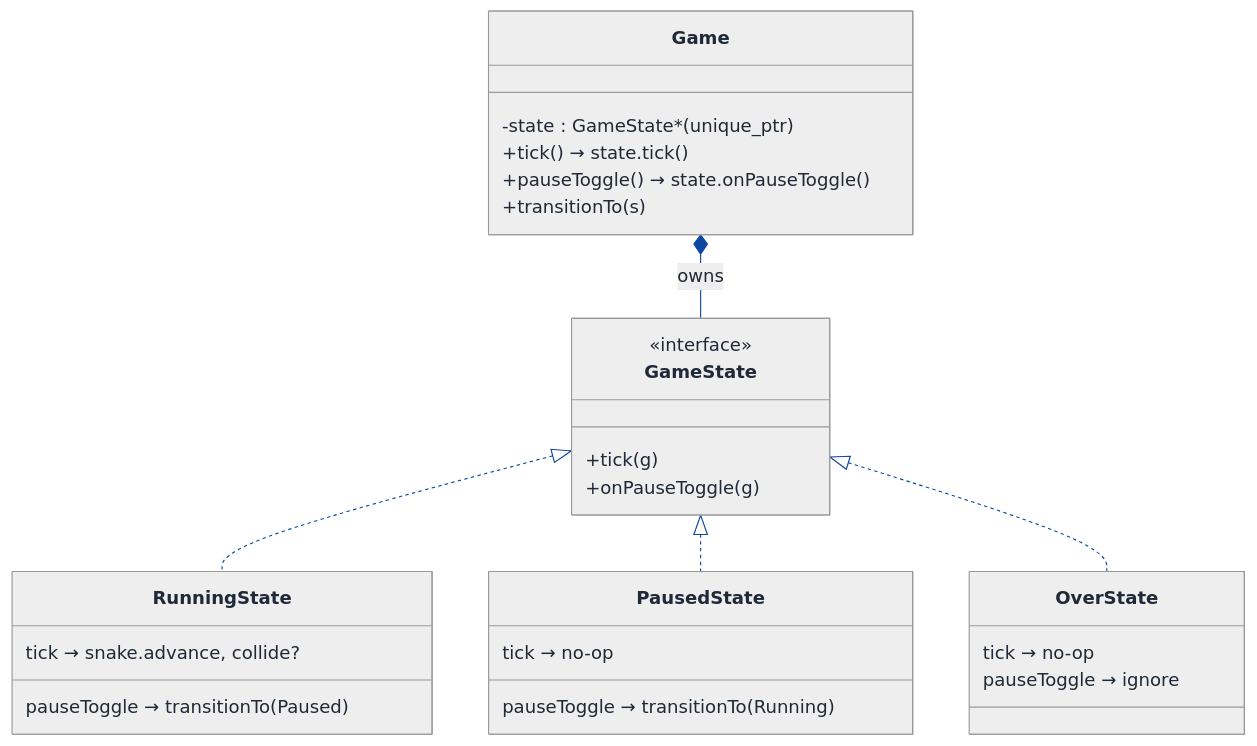
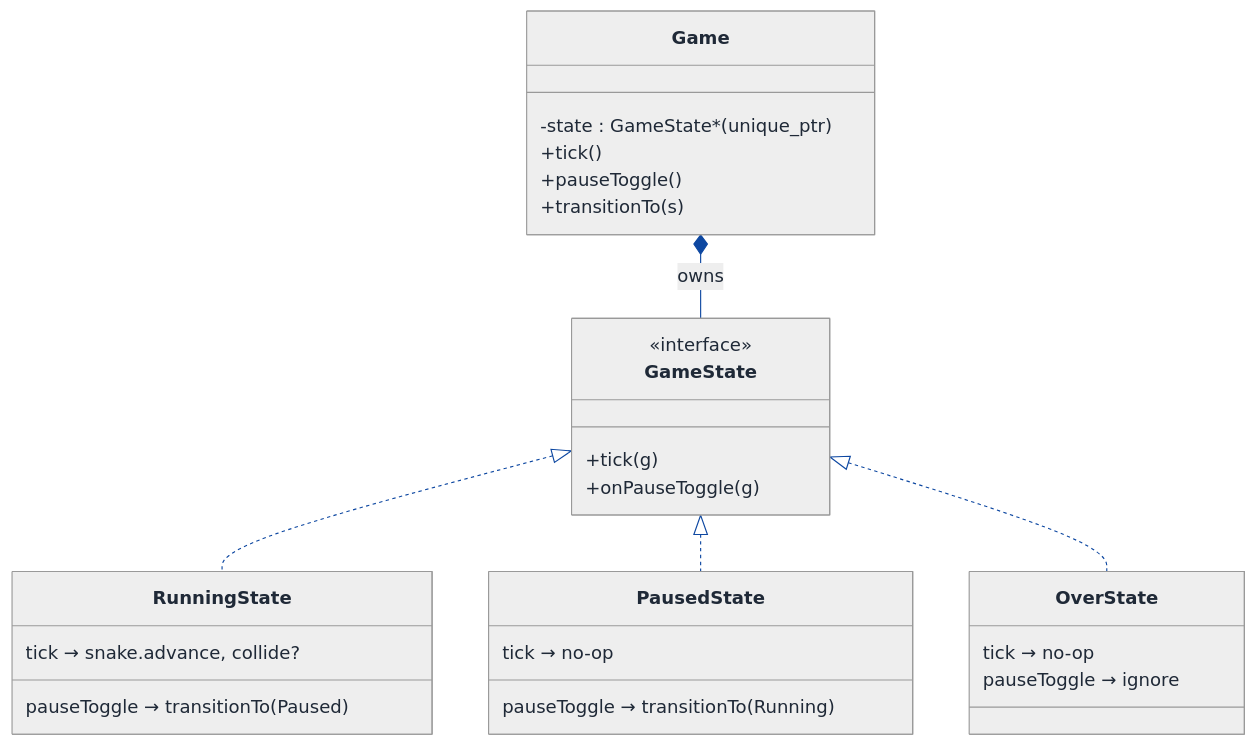
One commit to Prateek-5/question-bank changed the third of 7 diagrams in LLD/Topics/Object_Oriented_Design/Snake_Game.md. Above: the diagram before and after it, drawn with Mermaid. The commit also changed other lines of this file and 61 other files, not shown here.

First line of the commit message:
Fix invalid mermaid classDiagram member syntax across LLD walkthroughs

````diff
--- a/LLD/Topics/Object_Oriented_Design/Snake_Game.md
+++ b/LLD/Topics/Object_Oriented_Design/Snake_Game.md
@@ -555,63 +555,63 @@
 ```mermaid
 ---
 config:
   theme: neutral
   themeVariables:
     background: '#ffffff'
     primaryColor: '#cfe2ff'
     primaryTextColor: '#1f2937'
     primaryBorderColor: '#084298'
     secondaryColor: '#fff3cd'
     secondaryTextColor: '#1f2937'
     secondaryBorderColor: '#664d03'
     tertiaryColor: '#d1e7dd'
     tertiaryTextColor: '#1f2937'
     tertiaryBorderColor: '#0a3622'
     lineColor: '#0d47a1'
     textColor: '#1f2937'
     noteBkgColor: '#fff3cd'
     noteTextColor: '#1f2937'
     noteBorderColor: '#997404'
     actorBkg: '#cfe2ff'
     actorBorder: '#084298'
     actorTextColor: '#1f2937'
     signalColor: '#0d47a1'
     signalTextColor: '#1f2937'
     labelBoxBkgColor: '#ffffff'
     labelBoxBorderColor: '#d3d3d3'
     labelTextColor: '#1f2937'
     edgeLabelBackground: '#ffffff'
     labelBackground: '#ffffff'
     classText: '#1f2937'
     fontFamily: 'system-ui, -apple-system, Segoe UI, Helvetica, Arial, sans-serif'
 ---
 classDiagram
   direction TB
   class Game {
     -state : GameState* (unique_ptr)
-    +tick()         → state.tick()
-    +pauseToggle()  → state.onPauseToggle()
+    +tick()
+    +pauseToggle()
     +transitionTo(s)
   }
   class GameState {
     <<interface>>
     +tick(g)
     +onPauseToggle(g)
   }
   class RunningState {
     tick → snake.advance, collide?
     pauseToggle → transitionTo(Paused)
   }
   class PausedState {
     tick → no-op
     pauseToggle → transitionTo(Running)
   }
   class OverState {
     tick → no-op
     pauseToggle → ignore
   }
   Game *-- GameState : owns
   GameState <|.. RunningState
   GameState <|.. PausedState
   GameState <|.. OverState
 ```
````
